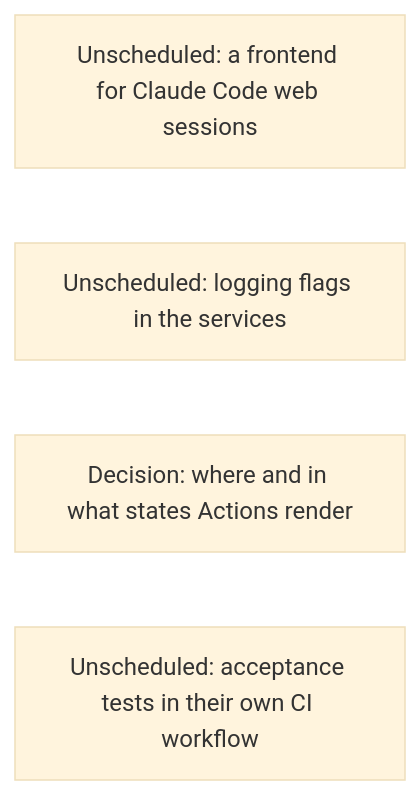
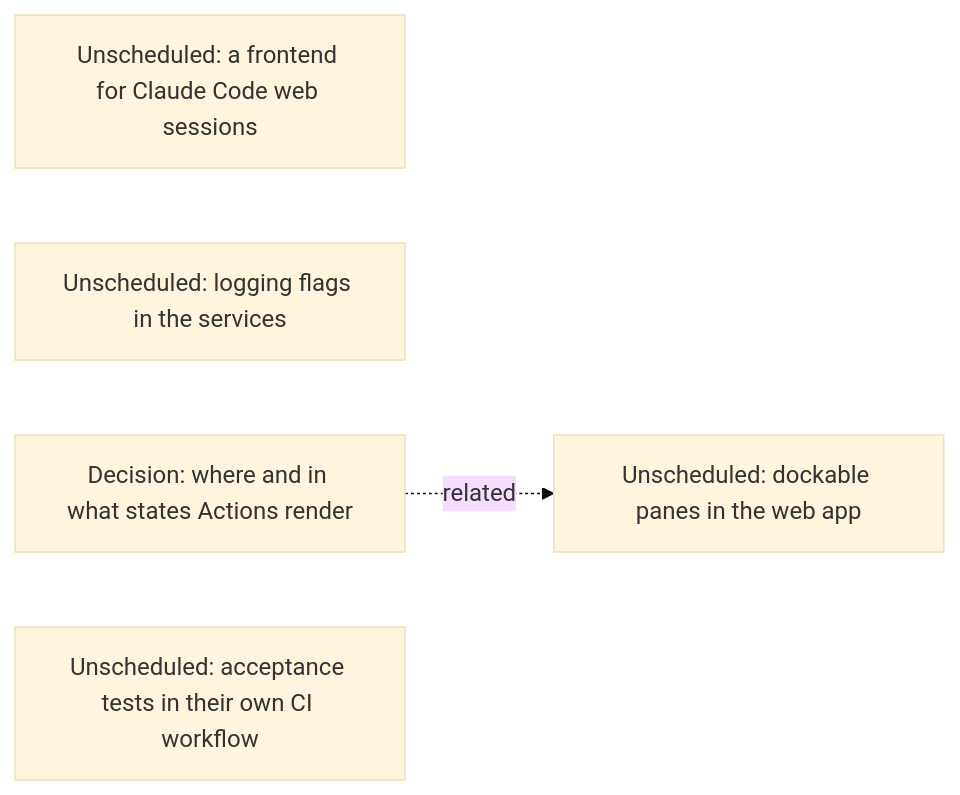
Before and after one commit to agentydragon/ducktape: the seventh of 15 diagrams in agentplane/plans/task_dag.md, drawn with Mermaid (base theme). The commit also changed other lines of this file, not shown here.

First line of the commit message:
agentplane: add the DOCKABLE_PANES node to the task DAG

````diff
--- a/agentplane/plans/task_dag.md
+++ b/agentplane/plans/task_dag.md
@@ -464,7 +464,9 @@
 ```mermaid
 flowchart LR
     CLAUDE_CODE_WEB_BRIDGE[Unscheduled: a frontend for Claude Code web sessions]
     SERVICE_LOG_FLAGS[Unscheduled: logging flags in the services]
     ACTION_SURFACES_DESIGN[Decision: where and in what states Actions render]
     ISOLATED_ACCEPTANCE_CI[Unscheduled: acceptance tests in their own CI workflow]
+    DOCKABLE_PANES[Unscheduled: dockable panes in the web app]
+    ACTION_SURFACES_DESIGN -. related .-> DOCKABLE_PANES
 ```
````
